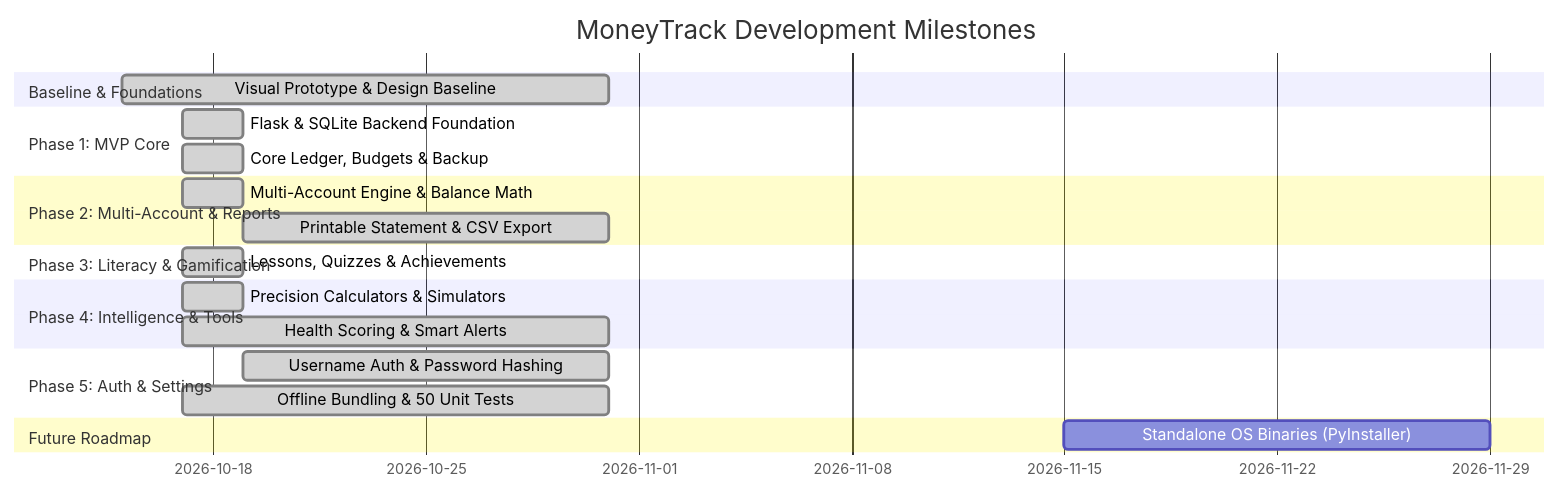
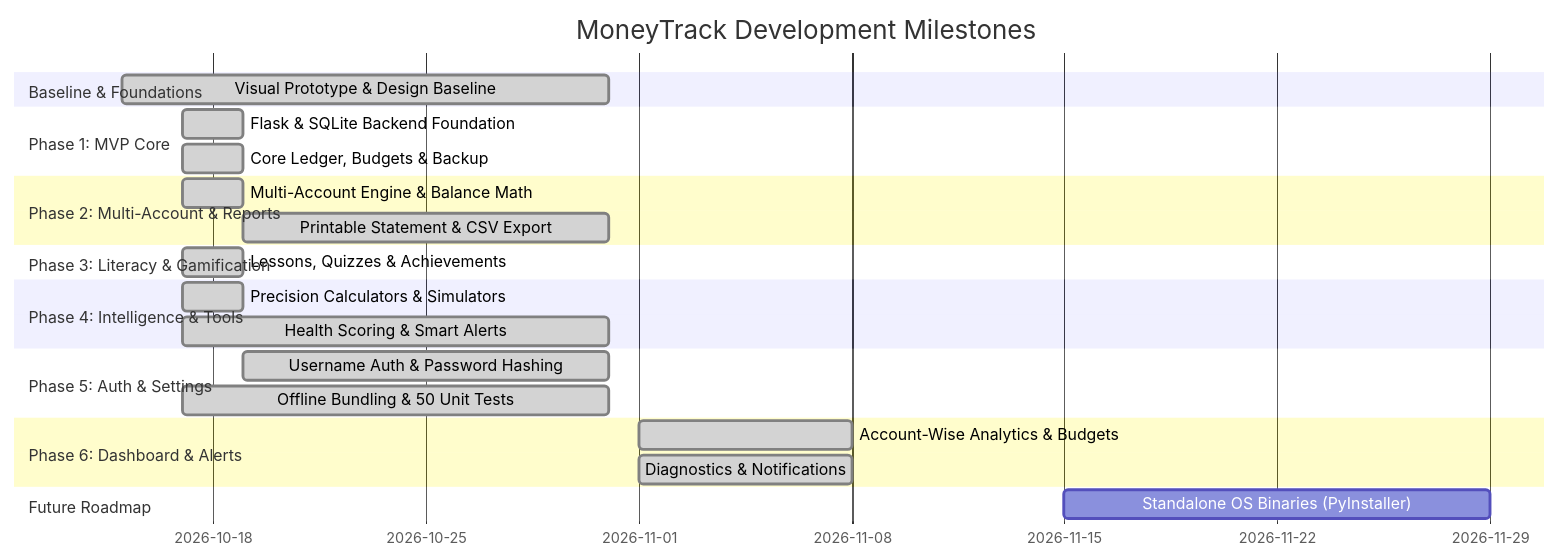
One commit to codevm-git/MoneyTrack changed the diagram in doc/TASKS.md. Above: the diagram before and after it, drawn with Mermaid. The commit also changed other lines of this file and 8 other files, not shown here.

````diff
--- a/doc/TASKS.md
+++ b/doc/TASKS.md
@@ -17,23 +17,26 @@
 ```mermaid
 gantt
     title MoneyTrack Development Milestones
     dateFormat  YYYY-MM-DD
     section Baseline & Foundations
     Visual Prototype & Design Baseline  :done, p0, 2026-10-15, 2026-10-31
     section Phase 1: MVP Core
     Flask & SQLite Backend Foundation   :done, p1_1, 2026-10-17, 2026-10-19
     Core Ledger, Budgets & Backup       :done, p1_2, 2026-10-17, 2026-10-19
     section Phase 2: Multi-Account & Reports
     Multi-Account Engine & Balance Math :done, p2_1, 2026-10-17, 2026-10-19
     Printable Statement & CSV Export    :done, p2_2, 2026-10-19, 2026-10-31
     section Phase 3: Literacy & Gamification
     Lessons, Quizzes & Achievements     :done, p3_1, 2026-10-17, 2026-10-19
     section Phase 4: Intelligence & Tools
     Precision Calculators & Simulators  :done, p4_1, 2026-10-17, 2026-10-19
     Health Scoring & Smart Alerts       :done, p4_2, 2026-10-17, 2026-10-31
     section Phase 5: Auth & Settings
     Username Auth & Password Hashing    :done, p5_1, 2026-10-19, 2026-10-31
     Offline Bundling & 50 Unit Tests    :done, p5_2, 2026-10-17, 2026-10-31
+    section Phase 6: Dashboard & Alerts
+    Account-Wise Analytics & Budgets    :done, p6_1, 2026-11-01, 2026-11-08
+    Diagnostics & Notifications         :done, p6_2, 2026-11-01, 2026-11-08
     section Future Roadmap
-    Standalone OS Binaries (PyInstaller):p6_1, 2026-11-15, 14d
+    Standalone OS Binaries (PyInstaller):p7_1, 2026-11-15, 14d
 ```
````
